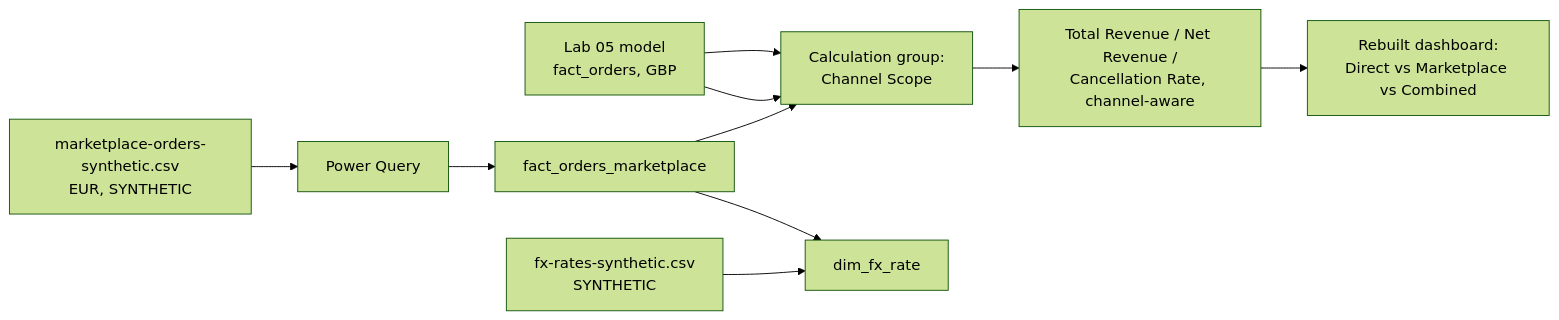
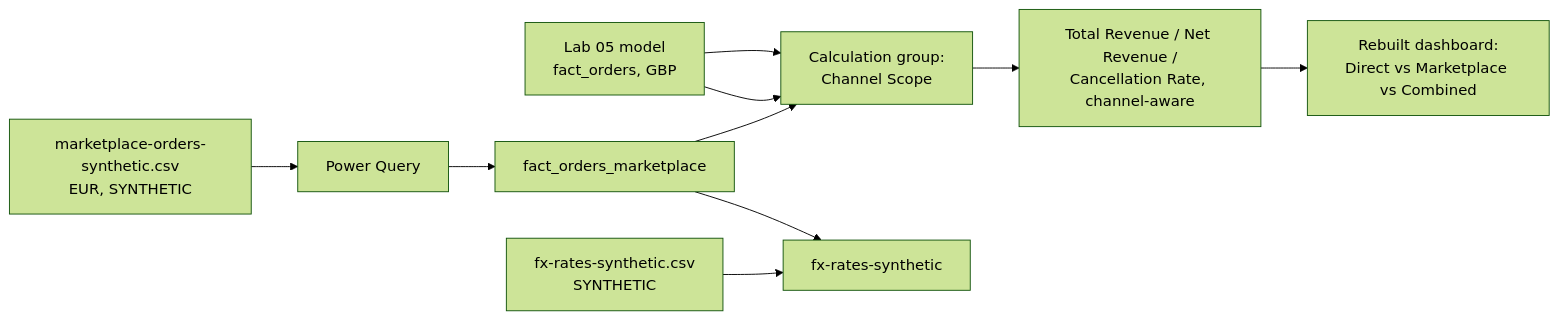
The diagram in labs/retail/06-capstone.md (anhubsch/powerbi-excel), drawn with Mermaid (forest theme) before and after one commit. The commit also changed other lines of this file and 4 other files, not shown here.

Commit message:
Fix inherited bugs found in audit: diagram mislabels, inverted NHS breach measure, redundant calculation-group DAX, stale README

````diff
--- a/labs/retail/06-capstone.md
+++ b/labs/retail/06-capstone.md
@@ -74,12 +74,12 @@
 ```mermaid
 flowchart LR
     A[Lab 05 model<br/>fact_orders, GBP] --> H[Calculation group:<br/>Channel Scope]
     B[marketplace-orders-synthetic.csv<br/>EUR, SYNTHETIC] --> C[Power Query]
     C --> D[fact_orders_marketplace]
-    E[fx-rates-synthetic.csv<br/>SYNTHETIC] --> F[dim_fx_rate]
+    E[fx-rates-synthetic.csv<br/>SYNTHETIC] --> F[fx-rates-synthetic]
     D --> F
     D --> H
     A --> H
     H --> I[Total Revenue / Net Revenue /<br/>Cancellation Rate, channel-aware]
     I --> J[Rebuilt dashboard:<br/>Direct vs Marketplace vs Combined]
 ```
````
